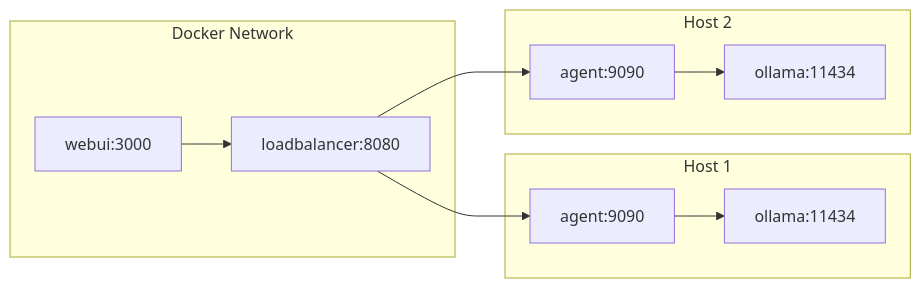
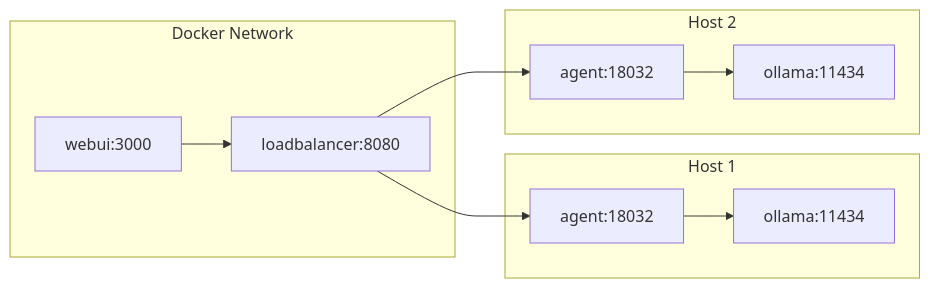
The second of 3 diagrams in plans/ollama-loadbalancer-architecture.md (BarsSky/ollamalegion), drawn with Mermaid before and after one commit. The commit also changed other lines of this file and 40 other files, not shown here.

````diff
--- a/plans/ollama-loadbalancer-architecture.md
+++ b/plans/ollama-loadbalancer-architecture.md
@@ -248,23 +248,23 @@
 ```mermaid
 graph LR
     subgraph Docker Network
         LB[loadbalancer:8080]
         UI[webui:3000]
     end
     
     subgraph Host 1
-        A1[agent:9090]
+        A1[agent:18032]
         O1[ollama:11434]
     end
     
     subgraph Host 2
-        A2[agent:9090]
+        A2[agent:18032]
         O2[ollama:11434]
     end
     
     LB --> A1
     LB --> A2
     UI --> LB
     A1 --> O1
     A2 --> O2
 ```
````
